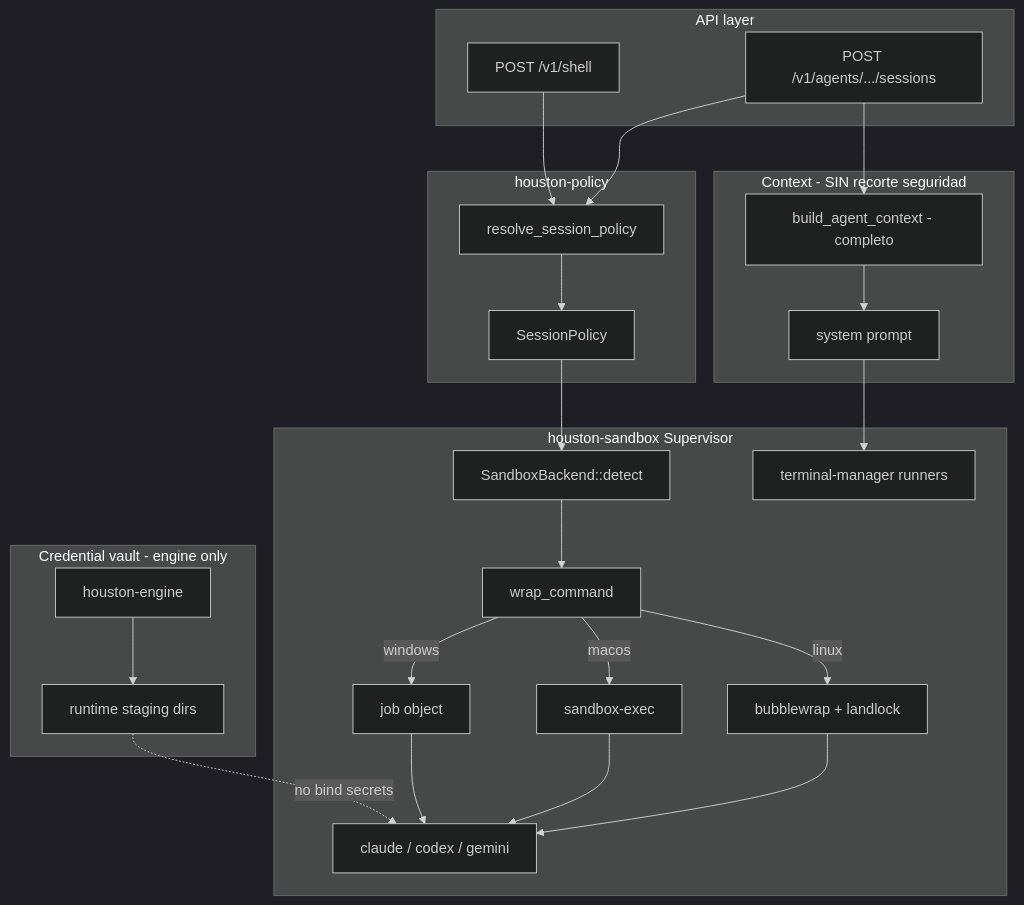
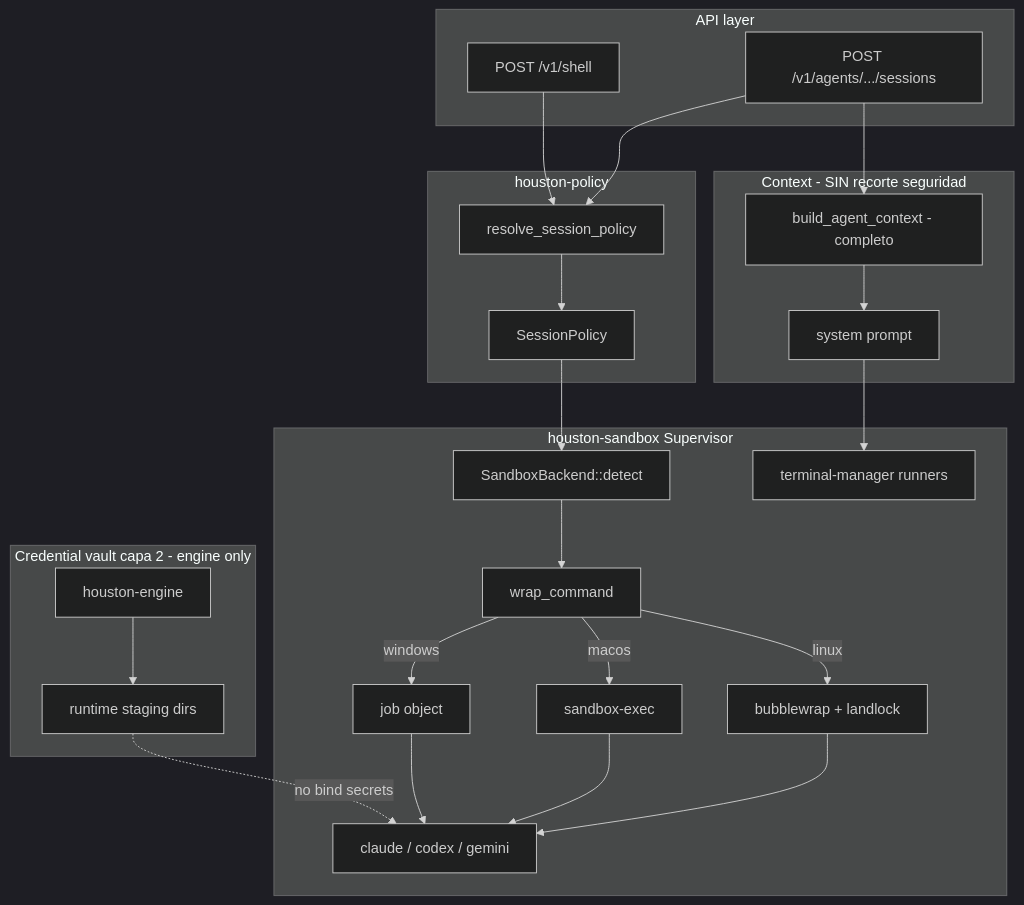
The sixth of 6 diagrams in docs/hackathon-agent-orchestration.md (sebastianvelace/houston), drawn with Mermaid (dark theme) before and after one commit. The commit also changed other lines of this file, not shown here.

````diff
--- a/docs/hackathon-agent-orchestration.md
+++ b/docs/hackathon-agent-orchestration.md
@@ -660,33 +877,33 @@
 ```mermaid
 flowchart TB
     subgraph api [API layer]
         POST["POST /v1/agents/.../sessions"]
         SHELL["POST /v1/shell"]
     end
 
     subgraph policy [houston-policy]
         POST --> RESOLVE[resolve_session_policy]
         SHELL --> RESOLVE
         RESOLVE --> POL[SessionPolicy]
     end
 
     subgraph prompt [Context - SIN recorte seguridad]
         POST --> BLD[build_agent_context - completo]
         BLD --> PROM[system prompt]
     end
 
     subgraph exec [houston-sandbox Supervisor]
         POL --> FACTORY[SandboxBackend::detect]
         PROM --> RUNNERS[terminal-manager runners]
         FACTORY --> WRAP[wrap_command]
         WRAP -->|linux| BWRAP[bubblewrap + landlock]
         WRAP -->|macos| SEAT[sandbox-exec]
         WRAP -->|windows| WIN[job object]
         BWRAP & SEAT & WIN --> CLI[claude / codex / gemini]
     end
 
-    subgraph vault [Credential vault - engine only]
+    subgraph vault [Credential vault capa 2 - engine only]
         ENGINE[houston-engine] --> VAULT[runtime staging dirs]
         VAULT -.->|no bind secrets| CLI
     end
 ```
````
